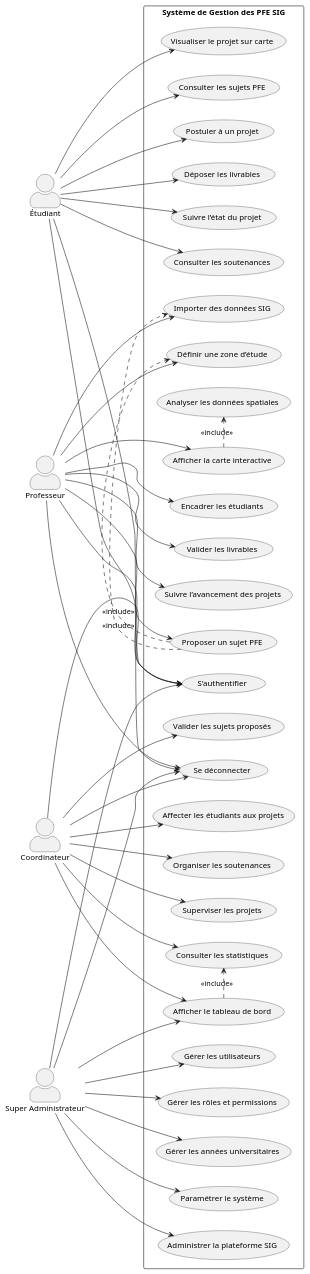
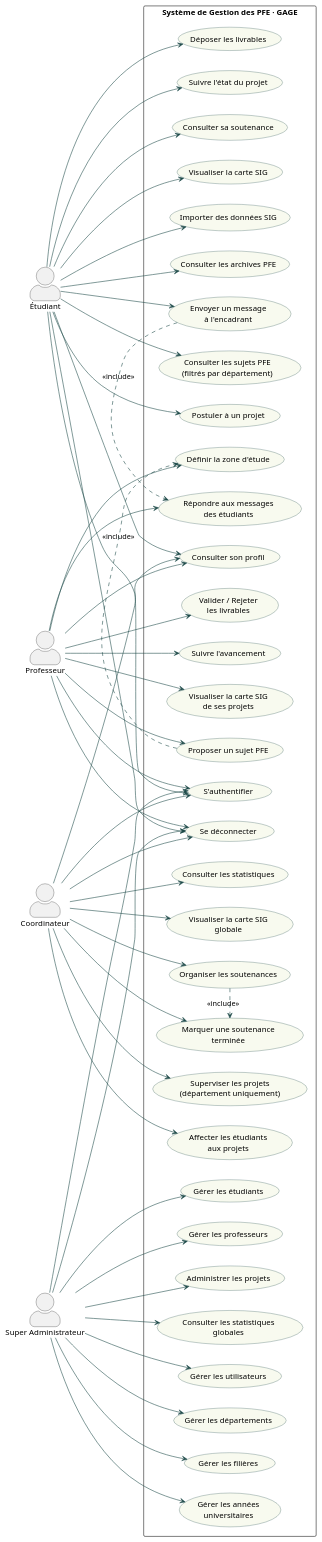
Before and after one commit to alimouad/platform_gestion_des_pfes: the diagram in conception/use_case.puml, drawn with PlantUML. The commit also changed 14 other files, not shown here.

```diff
--- a/conception/use_case.puml
+++ b/conception/use_case.puml
@@ -1,136 +1,128 @@
-@startuml
+@startuml use_case
 
 left to right direction
 skinparam packageStyle rectangle
 skinparam actorStyle awesome
 skinparam shadowing false
+skinparam ArrowColor #1e4a49
+skinparam usecaseBackgroundColor #f8faef
+skinparam usecaseBorderColor #1e4a49
 
 actor "Étudiant" as Etudiant
 actor "Professeur" as Prof
 actor "Coordinateur" as Coord
 actor "Super Administrateur" as Admin
 
-rectangle "Système de Gestion des PFE SIG" {
+rectangle "Système de Gestion des PFE · GAGE" {
 
     ' =========================
     ' Authentification
     ' =========================
-
-    usecase "S’authentifier" as UC1
+    usecase "S'authentifier" as UC1
     usecase "Se déconnecter" as UC2
+    usecase "Consulter son profil" as UC3
 
     ' =========================
     ' Étudiant
     ' =========================
-
-    usecase "Consulter les sujets PFE" as UC3
-    usecase "Postuler à un projet" as UC4
-    usecase "Déposer les livrables" as UC5
-    usecase "Suivre l’état du projet" as UC6
-    usecase "Consulter les soutenances" as UC7
-    usecase "Visualiser le projet sur carte" as UC8
+    usecase "Consulter les sujets PFE\n(filtrés par département)" as UC4
+    usecase "Postuler à un projet" as UC5
+    usecase "Déposer les livrables" as UC6
+    usecase "Suivre l'état du projet" as UC7
+    usecase "Consulter sa soutenance" as UC8
+    usecase "Visualiser la carte SIG" as UC9
+    usecase "Importer des données SIG" as UC10
+    usecase "Envoyer un message\nà l'encadrant" as UC11
+    usecase "Consulter les archives PFE" as UC12
 
     ' =========================
     ' Professeur
     ' =========================
-
-    usecase "Proposer un sujet PFE" as UC9
-    usecase "Encadrer les étudiants" as UC10
-    usecase "Valider les livrables" as UC11
-    usecase "Importer des données SIG" as UC12
-    usecase "Définir une zone d’étude" as UC13
-    usecase "Suivre l’avancement des projets" as UC14
+    usecase "Proposer un sujet PFE" as UC13
+    usecase "Définir la zone d'étude" as UC14
+    usecase "Valider / Rejeter\nles livrables" as UC15
+    usecase "Suivre l'avancement" as UC16
+    usecase "Visualiser la carte SIG\nde ses projets" as UC17
+    usecase "Répondre aux messages\ndes étudiants" as UC18
 
     ' =========================
     ' Coordinateur
     ' =========================
-
-    usecase "Valider les sujets proposés" as UC15
-    usecase "Affecter les étudiants aux projets" as UC16
-    usecase "Organiser les soutenances" as UC17
-    usecase "Consulter les statistiques" as UC18
-    usecase "Superviser les projets" as UC19
+    usecase "Superviser les projets\n(département uniquement)" as UC19
+    usecase "Affecter les étudiants\naux projets" as UC20
+    usecase "Organiser les soutenances" as UC21
+    usecase "Marquer une soutenance\nterminée" as UC22
+    usecase "Consulter les statistiques" as UC23
+    usecase "Visualiser la carte SIG\nglobale" as UC24
 
     ' =========================
     ' Super Admin
     ' =========================
-
-    usecase "Gérer les utilisateurs" as UC20
-    usecase "Gérer les rôles et permissions" as UC21
-    usecase "Gérer les années universitaires" as UC22
-    usecase "Paramétrer le système" as UC23
-    usecase "Administrer la plateforme SIG" as UC24
-
-    ' =========================
-    ' SIG / Dashboard
-    ' =========================
-
-    usecase "Afficher la carte interactive" as UC25
-    usecase "Analyser les données spatiales" as UC26
-    usecase "Afficher le tableau de bord" as UC27
+    usecase "Gérer les utilisateurs" as UC25
+    usecase "Gérer les départements" as UC26
+    usecase "Gérer les filières" as UC27
+    usecase "Gérer les années\nuniversitaires" as UC28
+    usecase "Gérer les étudiants" as UC29
+    usecase "Gérer les professeurs" as UC30
+    usecase "Administrer les projets" as UC31
+    usecase "Consulter les statistiques\nglobales" as UC32
 }
 
-' =========================
-' Relations Étudiant
-' =========================
+' Commun
+Etudiant --> UC1
+Prof --> UC1
+Coord --> UC1
+Admin --> UC1
 
-Etudiant --> UC1
 Etudiant --> UC2
+Prof --> UC2
+Coord --> UC2
+Admin --> UC2
+
 Etudiant --> UC3
+Prof --> UC3
+Coord --> UC3
+
+' Étudiant
 Etudiant --> UC4
 Etudiant --> UC5
 Etudiant --> UC6
 Etudiant --> UC7
 Etudiant --> UC8
+Etudiant --> UC9
+Etudiant --> UC10
+Etudiant --> UC11
+Etudiant --> UC12
 
-' =========================
-' Relations Professeur
-' =========================
-
-Prof --> UC1
-Prof --> UC2
-Prof --> UC9
-Prof --> UC10
-Prof --> UC11
-Prof --> UC12
+' Professeur
 Prof --> UC13
 Prof --> UC14
-Prof --> UC25
+Prof --> UC15
+Prof --> UC16
+Prof --> UC17
+Prof --> UC18
 
-' =========================
-' Relations Coordinateur
-' =========================
+' Coordinateur
+Coord --> UC19
+Coord --> UC20
+Coord --> UC21
+Coord --> UC22
+Coord --> UC23
+Coord --> UC24
 
-Coord --> UC1
-Coord --> UC2
-Coord --> UC15
-Coord --> UC16
-Coord --> UC17
-Coord --> UC18
-Coord --> UC19
-Coord --> UC27
+' Super Admin
+Admin --> UC25
+Admin --> UC26
+Admin --> UC27
+Admin --> UC28
+Admin --> UC29
+Admin --> UC30
+Admin --> UC31
+Admin --> UC32
 
-' =========================
-' Relations Admin
-' =========================
-
-Admin --> UC1
-Admin --> UC2
-Admin --> UC20
-Admin --> UC21
-Admin --> UC22
-Admin --> UC23
-Admin --> UC24
-Admin --> UC27
-
-' =========================
-' Relations Include
-' =========================
-
-UC9 .> UC12 : <<include>>
-UC9 .> UC13 : <<include>>
-
-UC27 .> UC18 : <<include>>
-UC25 .> UC26 : <<include>>
+' Include
+UC13 .> UC14 : <<include>>
+UC11 .> UC18 : <<include>>
+UC21 .> UC22 : <<include>>
 
 @enduml
```
